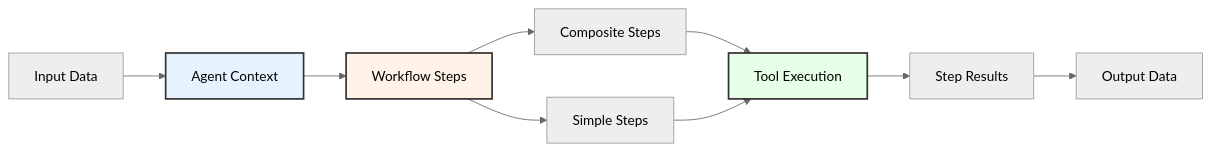
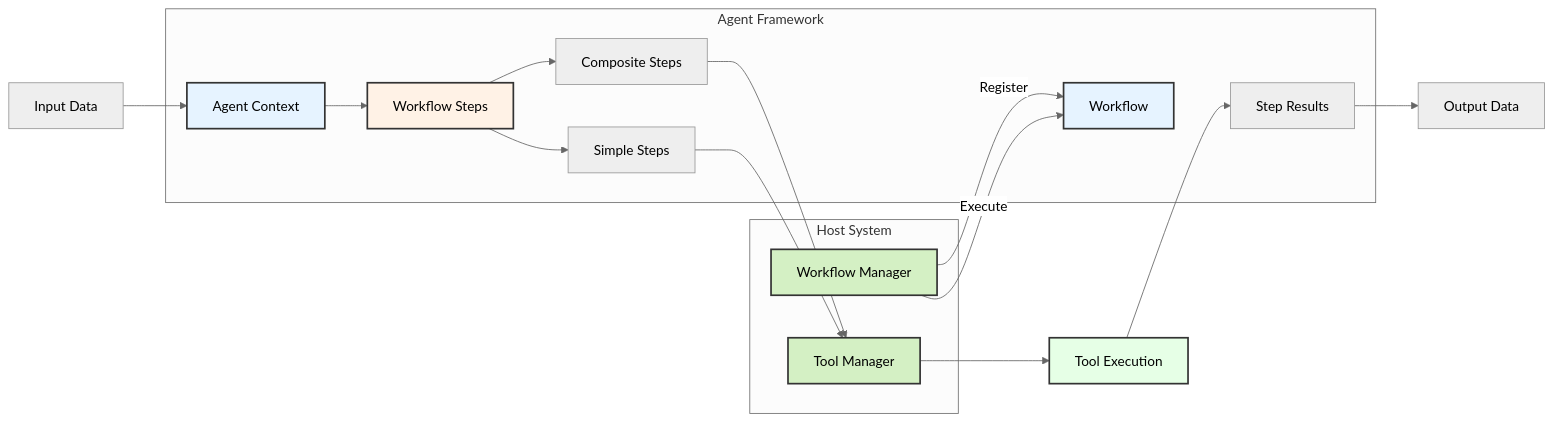
Before and after one commit to Aurite-ai/aurite-agents: the third of 4 diagrams in aurite-mcp/docs/architecture_overview.md, drawn with Mermaid (neutral theme). The commit also changed other lines of this file and 2 other files, not shown here.

````diff
--- a/aurite-mcp/docs/architecture_overview.md
+++ b/aurite-mcp/docs/architecture_overview.md
@@ -80,15 +88,36 @@
 ```mermaid
 graph LR
+    WM[Workflow Manager] --> |"Register"| WF[Workflow]
+    WM --> |"Execute"| WF
+    
     Input[Input Data] --> Context[Agent Context]
     Context --> Steps[Workflow Steps]
     Steps --> Composite[Composite Steps]
     Steps --> Simple[Simple Steps]
-    Composite --> Tools[Tool Execution]
-    Simple --> Tools
+    Composite --> ToolMgr[Tool Manager]
+    Simple --> ToolMgr
+    ToolMgr --> Tools[Tool Execution]
     Tools --> Results[Step Results]
     Results --> Output[Output Data]
 
+    subgraph Host System
+        WM
+        ToolMgr
+    end
+    
+    subgraph Agent Framework
+        WF
+        Context
+        Steps
+        Composite
+        Simple
+        Results
+    end
+
+    style WM fill:#d4f0c4,stroke:#333,stroke-width:2px
+    style ToolMgr fill:#d4f0c4,stroke:#333,stroke-width:2px
     style Context fill:#e6f3ff,stroke:#333,stroke-width:2px
     style Steps fill:#fff2e6,stroke:#333,stroke-width:2px
     style Tools fill:#e6ffe6,stroke:#333,stroke-width:2px
+    style WF fill:#e6f3ff,stroke:#333,stroke-width:2px
 ```
````
